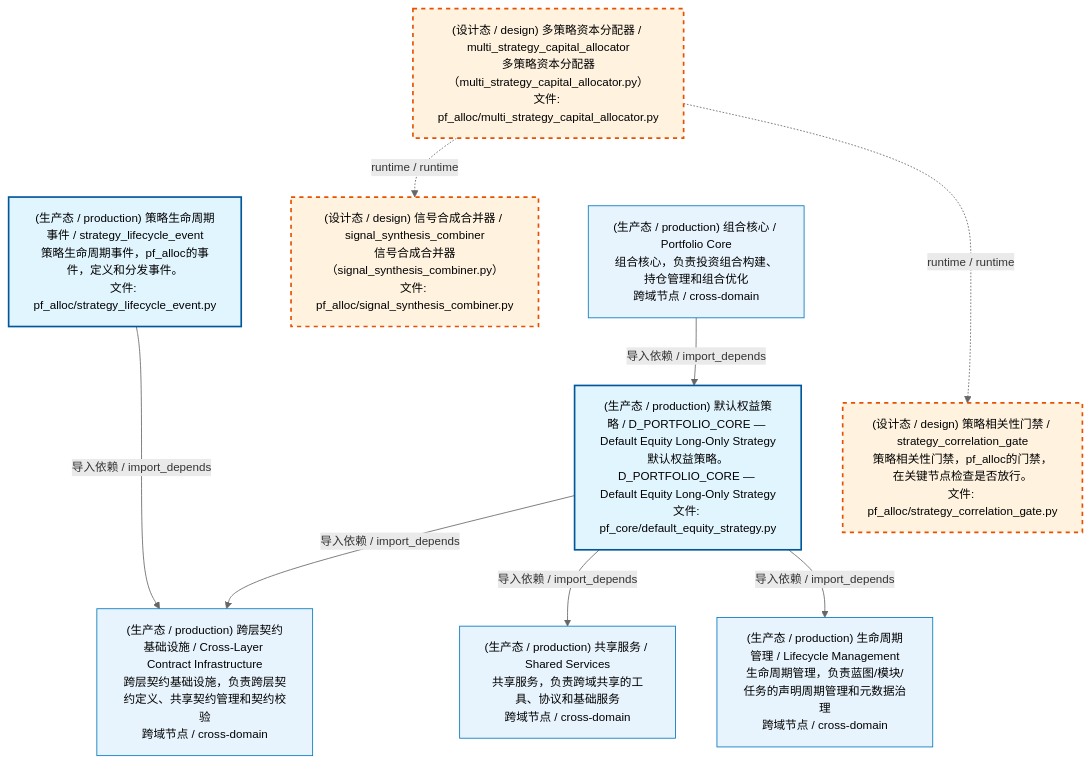
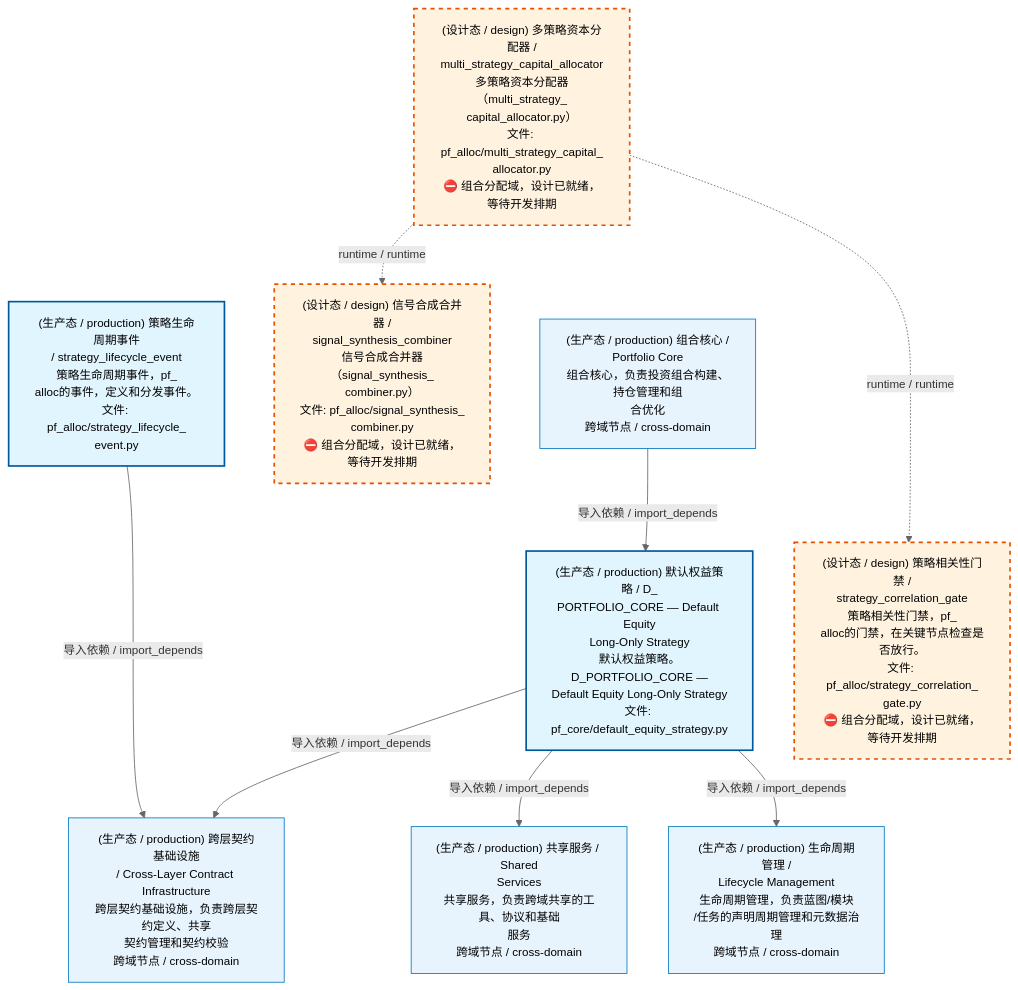
The first of 4 diagrams in docs/02_enterprise_architecture/02_domain_architecture_docs/62_d_pf_alloc.md (xuanFelixVan/ZephyrAlpha), drawn with Mermaid before and after one commit. The commit also changed other lines of this file and 59 other files, not shown here.

````diff
--- a/docs/02_enterprise_architecture/02_domain_architecture_docs/62_d_pf_alloc.md
+++ b/docs/02_enterprise_architecture/02_domain_architecture_docs/62_d_pf_alloc.md
@@ -53,30 +53,30 @@
 ```mermaid
 %%{init: {'theme': 'base', 'themeVariables': {'primaryColor': '#eaeaea', 'primaryTextColor': '#333333', 'primaryBorderColor': '#666666', 'lineColor': '#666666', 'secondaryColor': '#eaeaea', 'tertiaryColor': '#eaeaea', 'fontSize': '14px'}}}%%
 flowchart TD
-    src_zephyr_pf_alloc_multi_strategy_capital_allocator_py["(设计态 / design) 多策略资本分配器 / multi_strategy_capital_allocator<br/>多策略资本分配器（multi_strategy_capital_allocator.py）<br/>文件: pf_alloc/multi_strategy_capital_allocator.py"]
-    src_zephyr_pf_alloc_strategy_lifecycle_event_py["(生产态 / production) 策略生命周期事件 / strategy_lifecycle_event<br/>策略生命周期事件，pf_alloc的事件，定义和分发事件。<br/>文件: pf_alloc/strategy_lifecycle_event.py"]
-    src_zephyr_pf_core_default_equity_strategy_py["(生产态 / production) 默认权益策略 / D_PORTFOLIO_CORE — Default Equity Long-Only Strategy<br/>默认权益策略。D_PORTFOLIO_CORE — Default Equity Long-Only Strategy<br/>文件: pf_core/default_equity_strategy.py"]
+    src_zephyr_pf_alloc_multi_strategy_capital_allocator_py["(设计态 / design) 多策略资本分配器 /<br/>multi_strategy_capital_allocator<br/>多策略资本分配器（multi_strategy_<br/>capital_allocator.py）<br/>文件: pf_alloc/multi_strategy_capital_<br/>allocator.py<br/>⛔ 组合分配域，设计已就绪，等待开发排期"]
+    src_zephyr_pf_alloc_strategy_lifecycle_event_py["(生产态 / production) 策略生命周期事件<br/>/ strategy_lifecycle_event<br/>策略生命周期事件，pf_<br/>alloc的事件，定义和分发事件。<br/>文件: pf_alloc/strategy_lifecycle_<br/>event.py"]
+    src_zephyr_pf_core_default_equity_strategy_py["(生产态 / production) 默认权益策略 / D_<br/>PORTFOLIO_CORE — Default Equity<br/>Long-Only Strategy<br/>默认权益策略。D_PORTFOLIO_CORE —<br/>Default Equity Long-Only Strategy<br/>文件: pf_core/default_equity_strategy.py"]
     src_zephyr_pf_alloc_multi_strategy_capital_allocator_py ~~~ src_zephyr_pf_alloc_strategy_lifecycle_event_py
     src_zephyr_pf_alloc_strategy_lifecycle_event_py ~~~ src_zephyr_pf_core_default_equity_strategy_py
-    src_zephyr_pf_alloc_signal_synthesis_combiner_py["(设计态 / design) 信号合成合并器 / signal_synthesis_combiner<br/>信号合成合并器（signal_synthesis_combiner.py）<br/>文件: pf_alloc/signal_synthesis_combiner.py"]
-    src_zephyr_pf_alloc_strategy_correlation_gate_py["(设计态 / design) 策略相关性门禁 / strategy_correlation_gate<br/>策略相关性门禁，pf_alloc的门禁，在关键节点检查是否放行。<br/>文件: pf_alloc/strategy_correlation_gate.py"]
+    src_zephyr_pf_alloc_signal_synthesis_combiner_py["(设计态 / design) 信号合成合并器 /<br/>signal_synthesis_combiner<br/>信号合成合并器（signal_synthesis_<br/>combiner.py）<br/>文件: pf_alloc/signal_synthesis_<br/>combiner.py<br/>⛔ 组合分配域，设计已就绪，等待开发排期"]
+    src_zephyr_pf_alloc_strategy_correlation_gate_py["(设计态 / design) 策略相关性门禁 /<br/>strategy_correlation_gate<br/>策略相关性门禁，pf_<br/>alloc的门禁，在关键节点检查是否放行。<br/>文件: pf_alloc/strategy_correlation_<br/>gate.py<br/>⛔ 组合分配域，设计已就绪，等待开发排期"]
     src_zephyr_pf_alloc_signal_synthesis_combiner_py ~~~ src_zephyr_pf_alloc_strategy_correlation_gate_py
     src_zephyr_pf_alloc_multi_strategy_capital_allocator_py -.->|runtime / runtime| src_zephyr_pf_alloc_signal_synthesis_combiner_py
     src_zephyr_pf_alloc_multi_strategy_capital_allocator_py -.->|runtime / runtime| src_zephyr_pf_alloc_strategy_correlation_gate_py
-    D_INFRASTRUCTURE["(生产态 / production) 跨层契约基础设施 / Cross-Layer Contract Infrastructure<br/>跨层契约基础设施，负责跨层契约定义、共享契约管理和契约校验<br/>跨域节点 / cross-domain"]
+    D_INFRASTRUCTURE["(生产态 / production) 跨层契约基础设施<br/>/ Cross-Layer Contract Infrastructure<br/>跨层契约基础设施，负责跨层契约定义、共享<br/>契约管理和契约校验<br/>跨域节点 / cross-domain"]
     src_zephyr_pf_core_default_equity_strategy_py -->|导入依赖 / import_depends| D_INFRASTRUCTURE
     src_zephyr_pf_alloc_strategy_lifecycle_event_py -->|导入依赖 / import_depends| D_INFRASTRUCTURE
-    D_SHARED["(生产态 / production) 共享服务 / Shared Services<br/>共享服务，负责跨域共享的工具、协议和基础服务<br/>跨域节点 / cross-domain"]
+    D_SHARED["(生产态 / production) 共享服务 / Shared<br/>Services<br/>共享服务，负责跨域共享的工具、协议和基础<br/>服务<br/>跨域节点 / cross-domain"]
     src_zephyr_pf_core_default_equity_strategy_py -->|导入依赖 / import_depends| D_SHARED
-    D_GOVERNANCE["(生产态 / production) 生命周期管理 / Lifecycle Management<br/>生命周期管理，负责蓝图/模块/任务的声明周期管理和元数据治理<br/>跨域节点 / cross-domain"]
+    D_GOVERNANCE["(生产态 / production) 生命周期管理 /<br/>Lifecycle Management<br/>生命周期管理，负责蓝图/模块<br/>/任务的声明周期管理和元数据治理<br/>跨域节点 / cross-domain"]
     src_zephyr_pf_core_default_equity_strategy_py -->|导入依赖 / import_depends| D_GOVERNANCE
-    D_PF_CORE["(生产态 / production) 组合核心 / Portfolio Core<br/>组合核心，负责投资组合构建、持仓管理和组合优化<br/>跨域节点 / cross-domain"]
+    D_PF_CORE["(生产态 / production) 组合核心 /<br/>Portfolio Core<br/>组合核心，负责投资组合构建、持仓管理和组<br/>合优化<br/>跨域节点 / cross-domain"]
     D_PF_CORE -->|导入依赖 / import_depends| src_zephyr_pf_core_default_equity_strategy_py
     classDef production fill:#e1f5fe,stroke:#01579b,stroke-width:2px,color:#000
     classDef design fill:#fff3e0,stroke:#e65100,stroke-width:2px,color:#000,stroke-dasharray: 5 5
     classDef external_prod fill:#e8f4fd,stroke:#0277bd,stroke-width:1px,color:#000
     classDef external_design fill:#fff8e7,stroke:#ef6c00,stroke-width:1px,color:#000,stroke-dasharray: 5 5
     class src_zephyr_pf_alloc_strategy_lifecycle_event_py,src_zephyr_pf_core_default_equity_strategy_py production
     class src_zephyr_pf_alloc_multi_strategy_capital_allocator_py,src_zephyr_pf_alloc_signal_synthesis_combiner_py,src_zephyr_pf_alloc_strategy_correlation_gate_py design
     class D_INFRASTRUCTURE,D_SHARED,D_GOVERNANCE,D_PF_CORE external_prod
 ```
````
